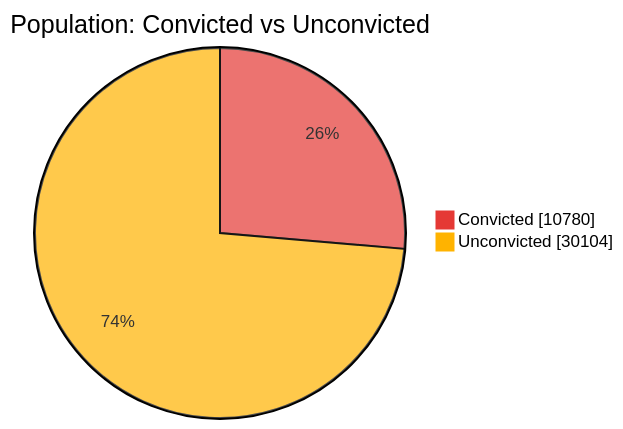
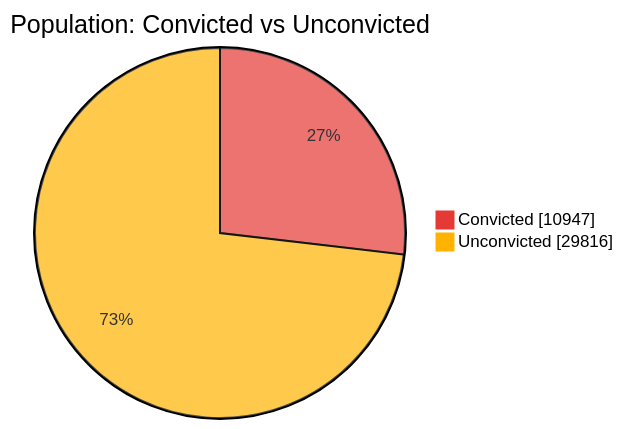
One commit to nuuuwan/lk_prisons changed the first of 7 diagrams in README.md. Above: the diagram before and after it, drawn with Mermaid. The commit also changed other lines of this file and 1 other file, not shown here.

````diff
--- a/README.md
+++ b/README.md
@@ -43,6 +43,6 @@
 ```mermaid
 %%{init: {'themeVariables': {'pie1': '#E53935', 'pie2': '#FFB300'}}}%%
 pie showData title Population: Convicted vs Unconvicted
-    "Convicted" : 10780
-    "Unconvicted" : 30104
+    "Convicted" : 10947
+    "Unconvicted" : 29816
 ```
````
